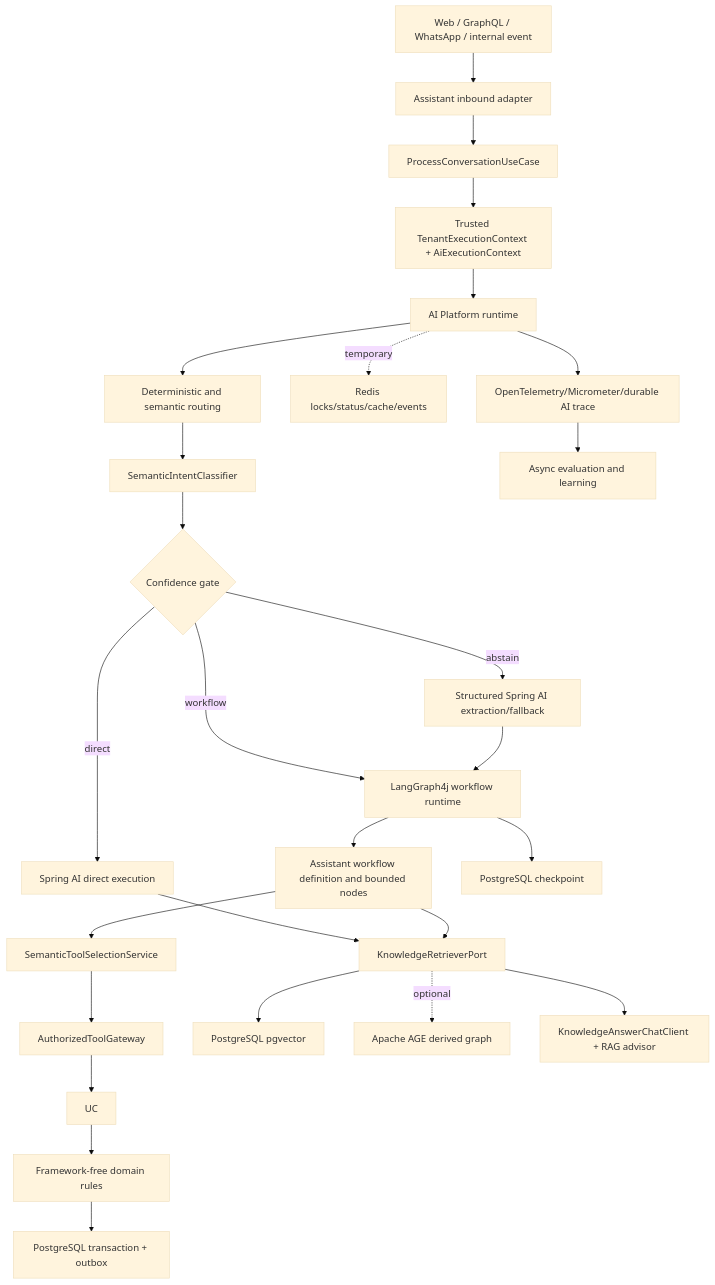
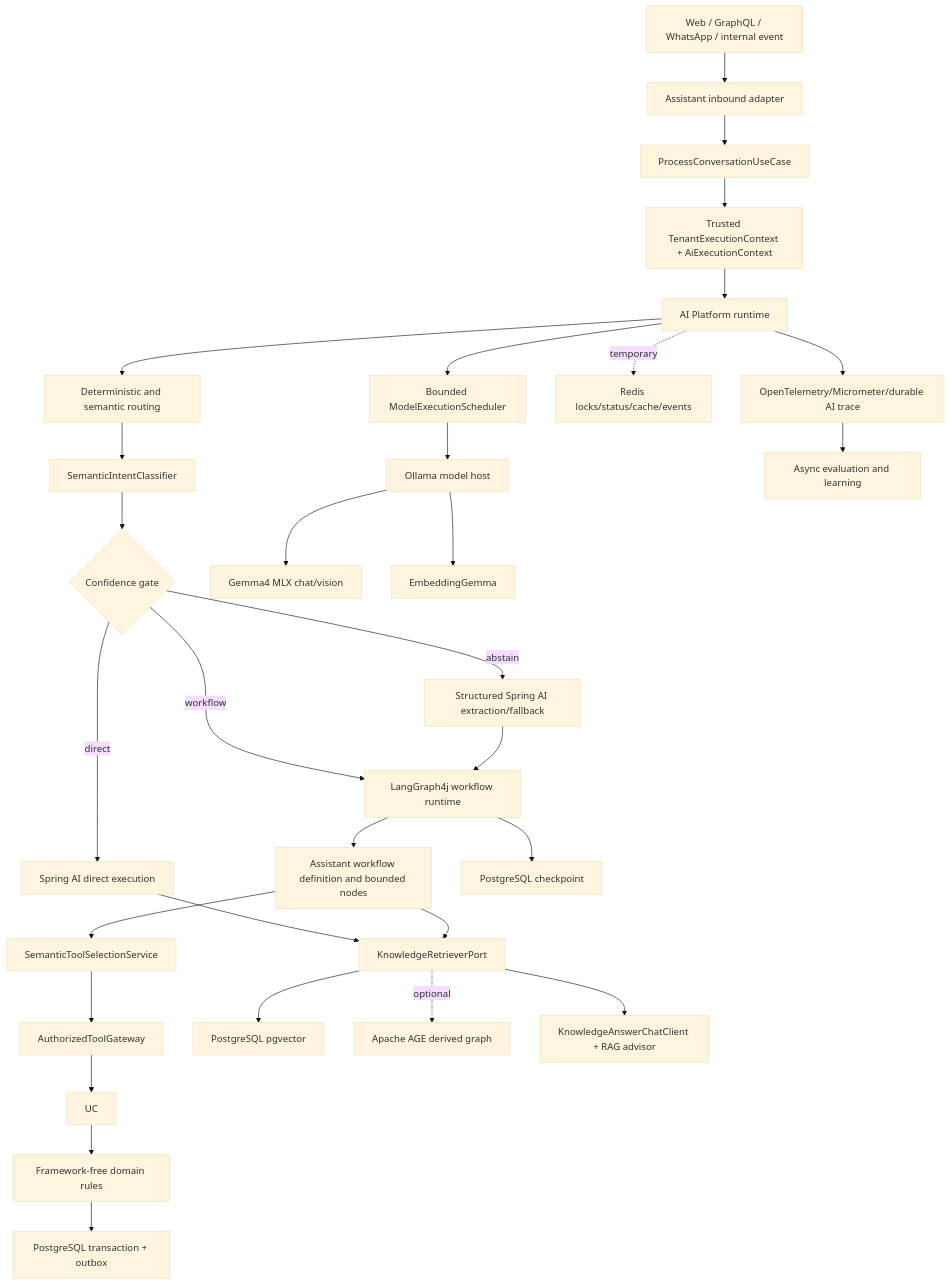
The third of 12 diagrams in docs/superpowers/specs/2026-08-28-ai-platform-consistency-and-graph-rag-design.md (migangdelzar/emme-service), drawn with Mermaid (base theme) before and after one commit. The commit also changed other lines of this file and 2 other files, not shown here.

Commit message:
docs(ai): add local model backpressure and regression design

````diff
--- a/docs/superpowers/specs/2026-08-28-ai-platform-consistency-and-graph-rag-design.md
+++ b/docs/superpowers/specs/2026-08-28-ai-platform-consistency-and-graph-rag-design.md
@@ -307,32 +319,37 @@
 ```mermaid
 flowchart TD
     C[Web / GraphQL / WhatsApp / internal event] --> IA[Assistant inbound adapter]
     IA --> PC[ProcessConversationUseCase]
     PC --> CTX[Trusted TenantExecutionContext + AiExecutionContext]
     CTX --> AP[AI Platform runtime]
     AP --> DR[Deterministic and semantic routing]
     DR --> SI[SemanticIntentClassifier]
     SI --> CG{Confidence gate}
     CG -->|direct| DIRECT[Spring AI direct execution]
     CG -->|workflow| LG[LangGraph4j workflow runtime]
     CG -->|abstain| EX[Structured Spring AI extraction/fallback]
     EX --> LG
 
     LG --> WF[Assistant workflow definition and bounded nodes]
     WF --> ST[SemanticToolSelectionService]
     ST --> TG[AuthorizedToolGateway]
     TG --> UC
     UC --> DOM[Framework-free domain rules]
     DOM --> PG[PostgreSQL transaction + outbox]
 
     DIRECT --> KR[KnowledgeRetrieverPort]
     WF --> KR
     KR --> PV[PostgreSQL pgvector]
     KR -. optional .-> AG[Apache AGE derived graph]
     KR --> RA[KnowledgeAnswerChatClient + RAG advisor]
 
+    AP --> MS[Bounded ModelExecutionScheduler]
+    MS --> OH[Ollama model host]
+    OH --> GM[Gemma4 MLX chat/vision]
+    OH --> EM[EmbeddingGemma]
+
     LG --> CP[PostgreSQL checkpoint]
     AP -. temporary .-> RD[Redis locks/status/cache/events]
     AP --> OT[OpenTelemetry/Micrometer/durable AI trace]
     OT --> EV[Async evaluation and learning]
 ```
````
